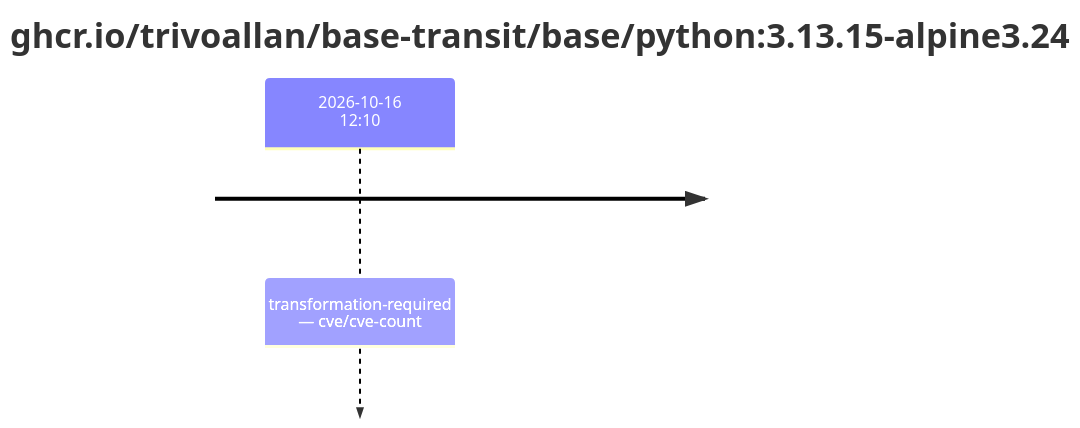
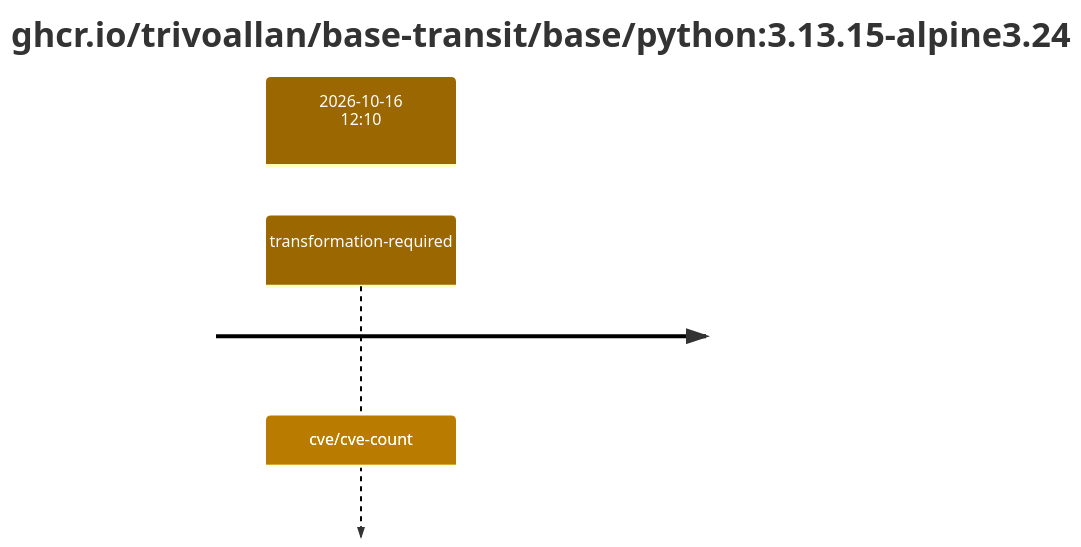
One commit to trivoallan/base-images changed the second of 2 diagrams in results/reports/base-python-3/sha256:33d9c701fd82efb0351becac53606082ee382017eaeddba7b91d6cf748238f1c.md. Above: the diagram before and after it, drawn with Mermaid. The commit also changed other lines of this file and 12 other files, not shown here.

````diff
--- a/results/reports/base-python-3/sha256:33d9c701fd82efb0351becac53606082ee382017eaeddba7b91d6cf748238f1c.md
+++ b/results/reports/base-python-3/sha256:33d9c701fd82efb0351becac53606082ee382017eaeddba7b91d6cf748238f1c.md
@@ -21,5 +24,7 @@
 ```mermaid
+%%{init: {"theme": "default", "themeVariables": {"cScale0": "#9a6700", "cScaleLabel0": "#ffffff"}}}%%
 timeline
     title ghcr.io/trivoallan/base-transit/base/python#58;3.13.15-alpine3.24
-    2026-10-16 12#58;10 : transformation-required — cve/cve-count
+    section 2026-10-16 12#58;10
+        transformation-required : cve/cve-count
 ```
````
